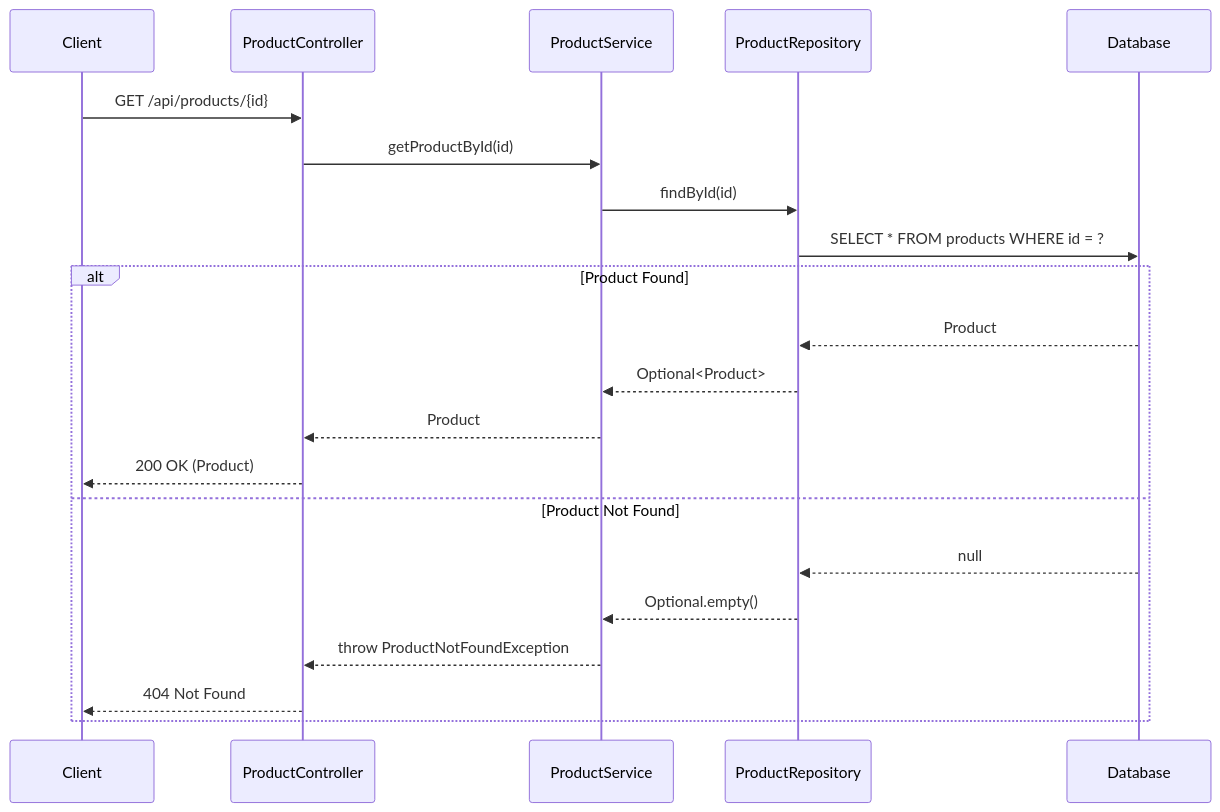
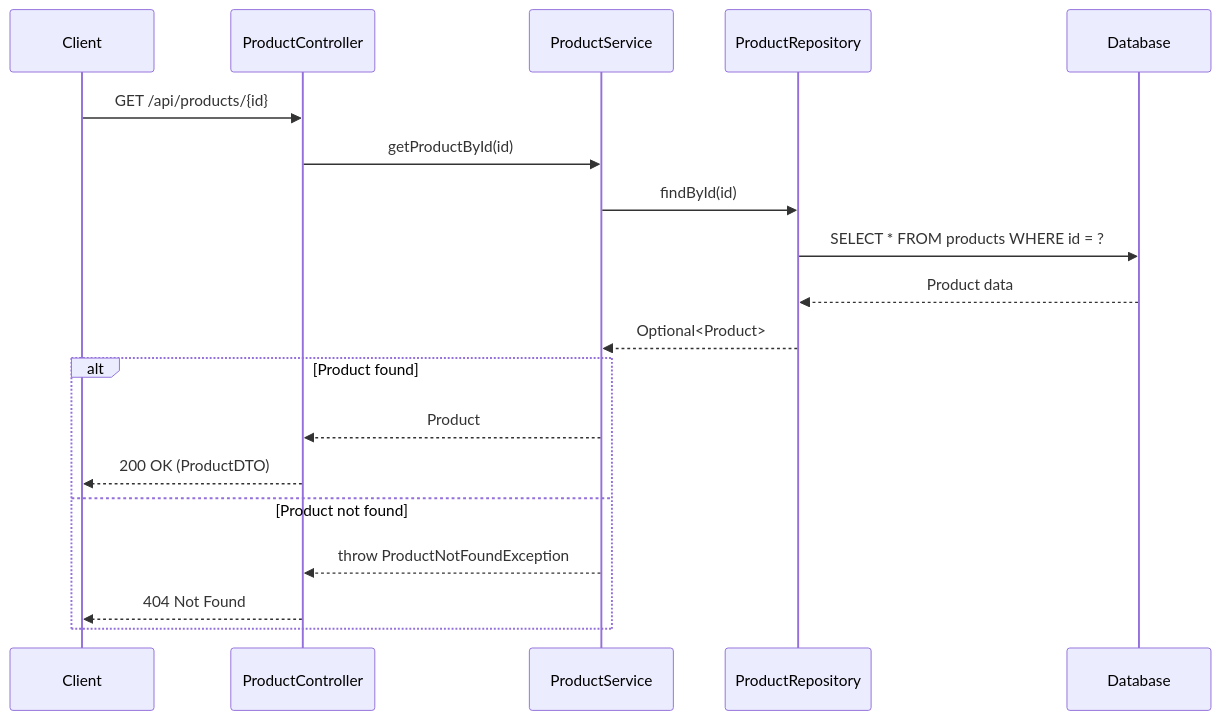
The fourth of 13 diagrams in docs/LLD/modified_lld.md (NavneetBN47/aava-ecom-demo), drawn with Mermaid before and after one commit. The commit also changed other lines of this file, not shown here.

````diff
--- a/docs/LLD/modified_lld.md
+++ b/docs/LLD/modified_lld.md
@@ -228,25 +321,23 @@
 ```mermaid
 sequenceDiagram
     participant Client
     participant ProductController
     participant ProductService
     participant ProductRepository
     participant Database
 
     Client->>ProductController: GET /api/products/{id}
     ProductController->>ProductService: getProductById(id)
     ProductService->>ProductRepository: findById(id)
     ProductRepository->>Database: SELECT * FROM products WHERE id = ?
+    Database-->>ProductRepository: Product data
+    ProductRepository-->>ProductService: Optional<Product>
     
-    alt Product Found
-        Database-->>ProductRepository: Product
-        ProductRepository-->>ProductService: Optional<Product>
+    alt Product found
         ProductService-->>ProductController: Product
-        ProductController-->>Client: 200 OK (Product)
-    else Product Not Found
-        Database-->>ProductRepository: null
-        ProductRepository-->>ProductService: Optional.empty()
+        ProductController-->>Client: 200 OK (ProductDTO)
+    else Product not found
         ProductService-->>ProductController: throw ProductNotFoundException
         ProductController-->>Client: 404 Not Found
     end
 ```
````
